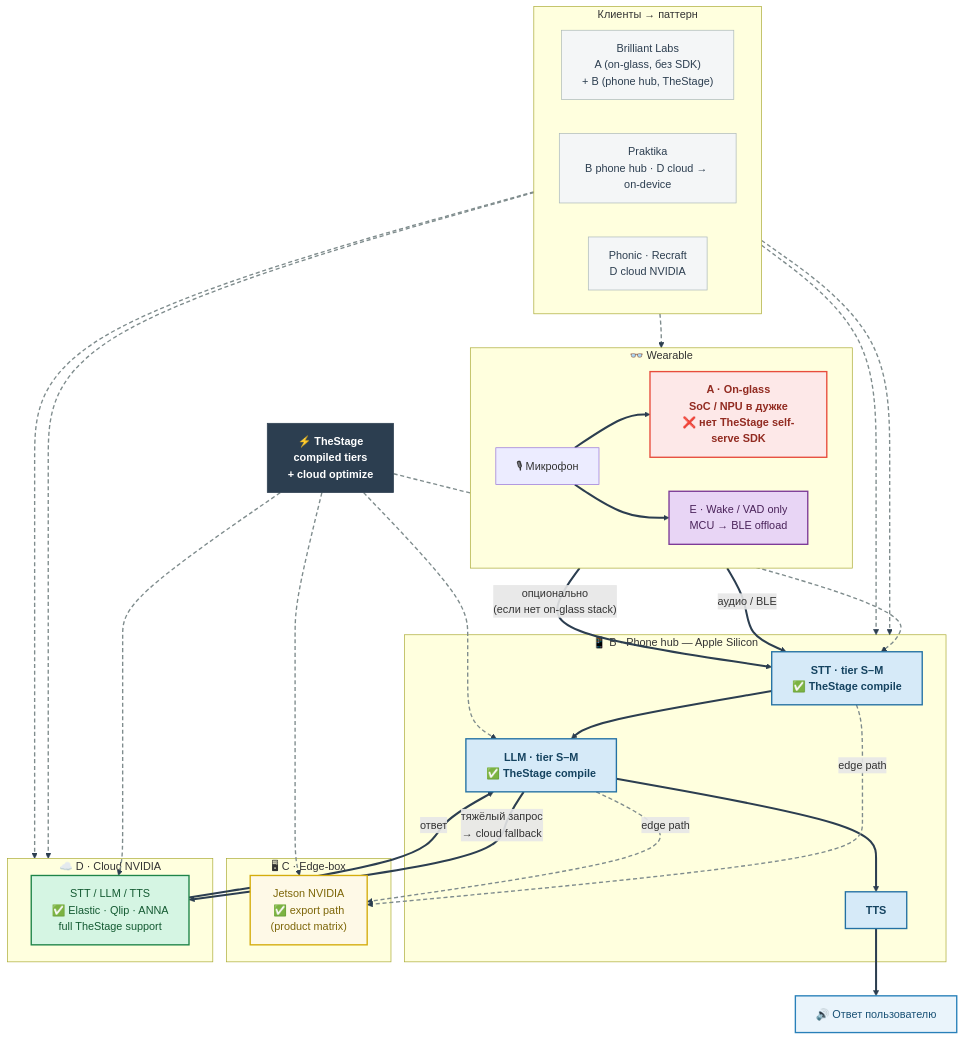
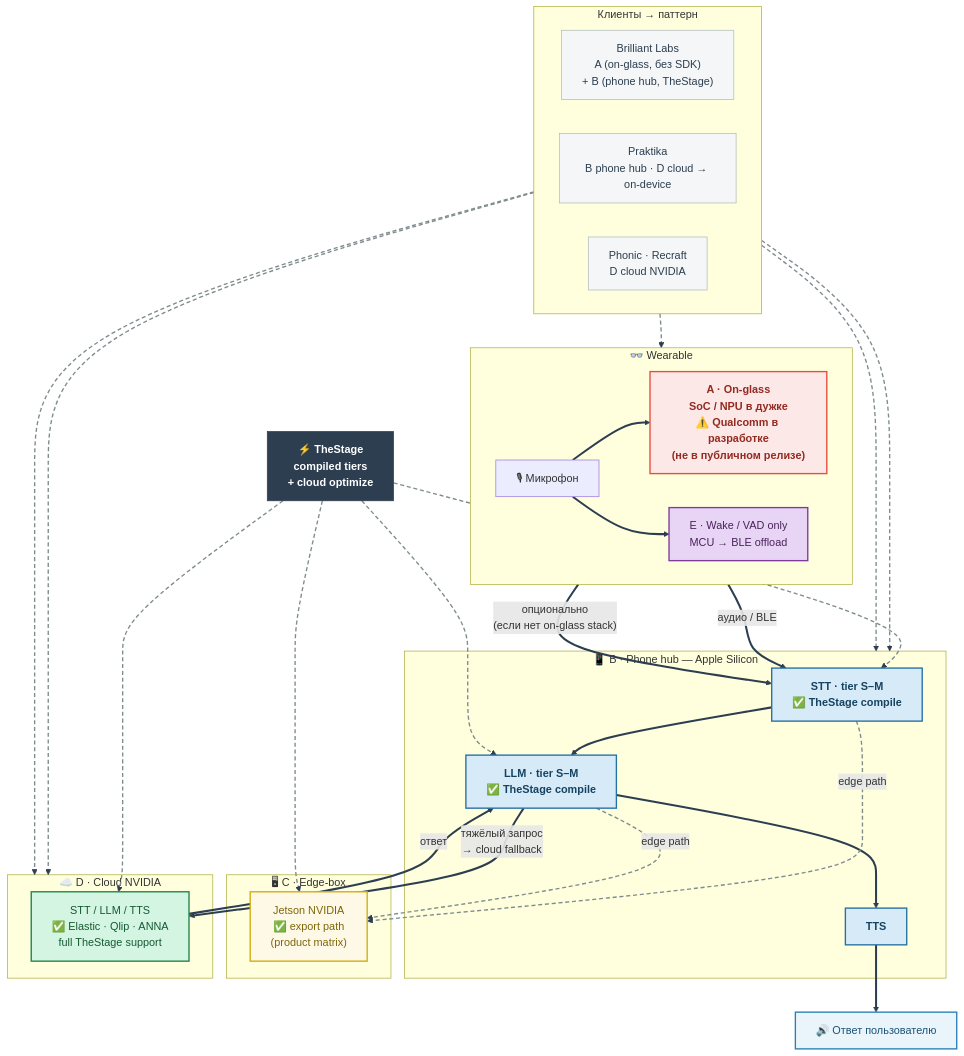
Before and after one commit to pashpav-code/stageai: the fourth of 4 diagrams in Diagram — ML workflow classic vs Stage AI.md, drawn with Mermaid. The commit also changed other lines of this file and 5 other files, not shown here.

````diff
--- a/Diagram — ML workflow classic vs Stage AI.md
+++ b/Diagram — ML workflow classic vs Stage AI.md
@@ -219,68 +219,68 @@
 ```mermaid
 flowchart TB
   classDef gap     fill:#fde8e8,stroke:#e74c3c,stroke-width:2px,color:#922b21,font-weight:bold
   classDef glass   fill:#e8d5f5,stroke:#7d3c98,stroke-width:2px,color:#4a235a
   classDef phone   fill:#d6eaf8,stroke:#2471a3,stroke-width:2px,color:#154360,font-weight:bold
   classDef edge_c  fill:#fef9e7,stroke:#d4ac0d,stroke-width:2px,color:#7d6608
   classDef cloud_n fill:#d5f5e3,stroke:#1e8449,stroke-width:2px,color:#145a32
   classDef stage   fill:#2c3e50,stroke:#2c3e50,color:#ffffff,font-weight:bold
   classDef client  fill:#f4f6f7,stroke:#aab7b8,stroke-width:1px,color:#2c3e50
   classDef user_o  fill:#eaf4fb,stroke:#2980b9,stroke-width:2px,color:#1a5276
 
   subgraph WEAR["👓 Wearable"]
     direction LR
     MIC["🎙 Микрофон"]
-    P_A["A · On-glass\nSoC / NPU в дужке\n❌ нет TheStage self-serve SDK"]:::gap
+    P_A["A · On-glass\nSoC / NPU в дужке\n⚠️ Qualcomm в разработке\n(не в публичном релизе)"]:::gap
     P_E["E · Wake / VAD only\nMCU → BLE offload"]:::glass
     MIC --> P_A
     MIC --> P_E
   end
 
   subgraph HUB["📱 B · Phone hub — Apple Silicon"]
     STT_B["STT · tier S–M\n✅ TheStage compile"]:::phone
     LLM_B["LLM · tier S–M\n✅ TheStage compile"]:::phone
     TTS_B["TTS"]:::phone
     STT_B --> LLM_B --> TTS_B
   end
 
   subgraph EDGE_BOX["🖥 C · Edge-box"]
     JET["Jetson NVIDIA\n✅ export path\n(product matrix)"]:::edge_c
   end
 
   subgraph CLOUD_D["☁️ D · Cloud NVIDIA"]
     BIG["STT / LLM / TTS\n✅ Elastic · Qlip · ANNA\nfull TheStage support"]:::cloud_n
   end
 
   P_E -->|"аудио / BLE"| STT_B
   P_A -->|"опционально\n(если нет on-glass stack)"| STT_B
 
   LLM_B -->|"тяжёлый запрос\n→ cloud fallback"| BIG
   BIG   -->|"ответ"| LLM_B
 
   STT_B -.->|"edge path"| JET
   LLM_B -.->|"edge path"| JET
 
   TTS_B --> USER_OUT["🔊 Ответ пользователю"]:::user_o
 
   COMP["⚡ TheStage\ncompiled tiers\n+ cloud optimize"]:::stage
   COMP -.-> STT_B
   COMP -.-> LLM_B
   COMP -.-> BIG
   COMP -.-> JET
 
   subgraph CLIENTS["Клиенты → паттерн"]
     direction LR
     BL["Brilliant Labs\nA (on-glass, без SDK)\n+ B (phone hub, TheStage)"]:::client
     PR["Praktika\nB phone hub · D cloud → on-device"]:::client
     PH["Phonic · Recraft\nD cloud NVIDIA"]:::client
   end
 
   BL -.-> WEAR
   BL -.-> HUB
   PR -.-> HUB
   PR -.-> CLOUD_D
   PH -.-> CLOUD_D
 
   linkStyle default stroke:#2c3e50,stroke-width:3px,fill:none
   linkStyle 8,9,11,12,13,14,15,16,17,18,19 stroke:#7f8c8d,stroke-width:2px,stroke-dasharray:6 4,fill:none
 ```
````
